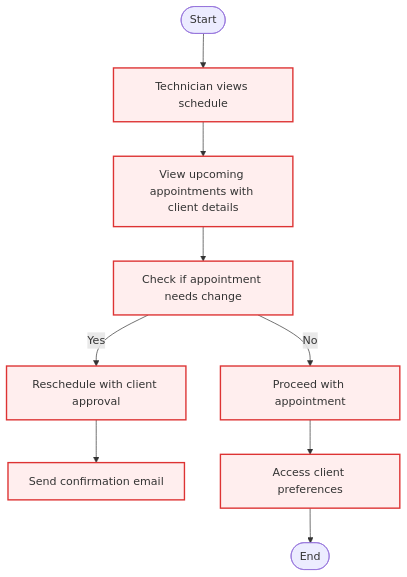
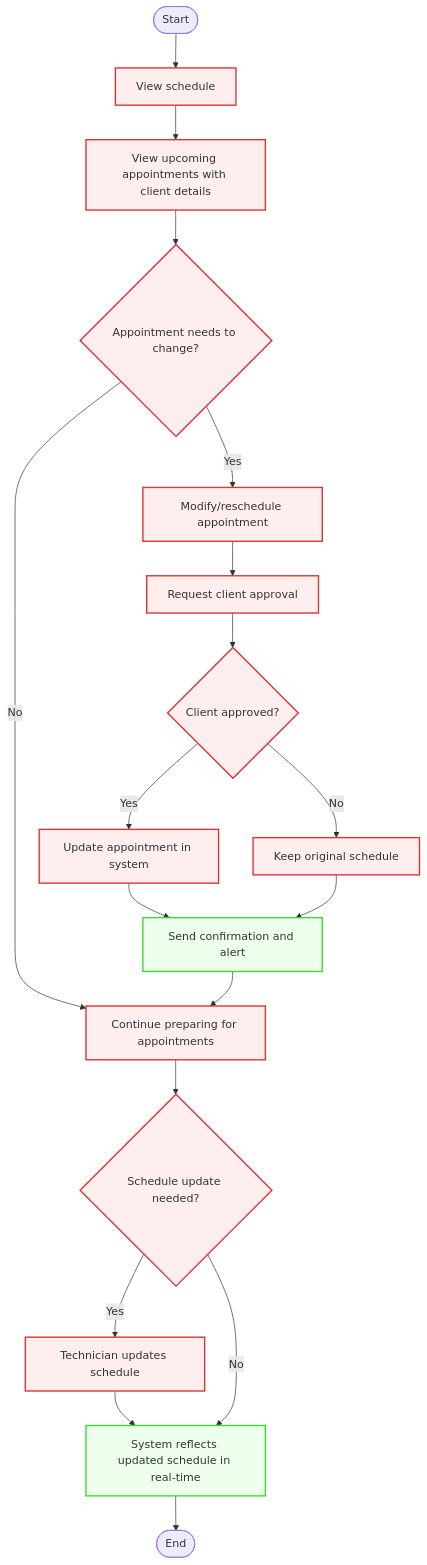
Before and after one commit to demifarquhar01/PolishPro: the fifth of 8 diagrams in Activity-Diagrams.md, drawn with Mermaid. The commit also changed other lines of this file, not shown here.

````diff
--- a/Activity-Diagrams.md
+++ b/Activity-Diagrams.md
@@ -142,16 +143,26 @@
 ```mermaid
 flowchart TD
-    Start([Start]) --> A[Technician views schedule]
+    Start([Start]) --> A[View schedule]
     A --> B[View upcoming appointments with client details]
-    B --> C[Check if appointment needs change]
-    C -- Yes --> D[Reschedule with client approval]
-    C -- No --> E[Proceed with appointment]
-    D --> F[Send confirmation email]
-    E --> G[Access client preferences]
-    G --> End([End])
+    B --> C{Appointment needs to change?}
+    C -->|Yes| D[Modify/reschedule appointment]
+    D --> E[Request client approval]
+    E --> F{Client approved?}
+    F -->|Yes| G[Update appointment in system]
+    F -->|No| H[Keep original schedule]
+    G --> I[Send confirmation and alert]
+    H --> I
+    C -->|No| J[Continue preparing for appointments]
+    I --> J
+    J --> K{Schedule update needed?}
+    K -->|Yes| L[Technician updates schedule]
+    L --> M[System reflects updated schedule in real-time]
+    K -->|No| M
+    M --> End([End])
 
     classDef user fill:#FFEEEE,stroke:#D33,stroke-width:2px;
     classDef system fill:#EEFFEE,stroke:#3D3,stroke-width:2px;
 
-    class A,B,C,D,E,F,G user;
+    class A,B,C,D,E,F,G,H,J,K,L user;
+    class I,M system;
 ```
````
